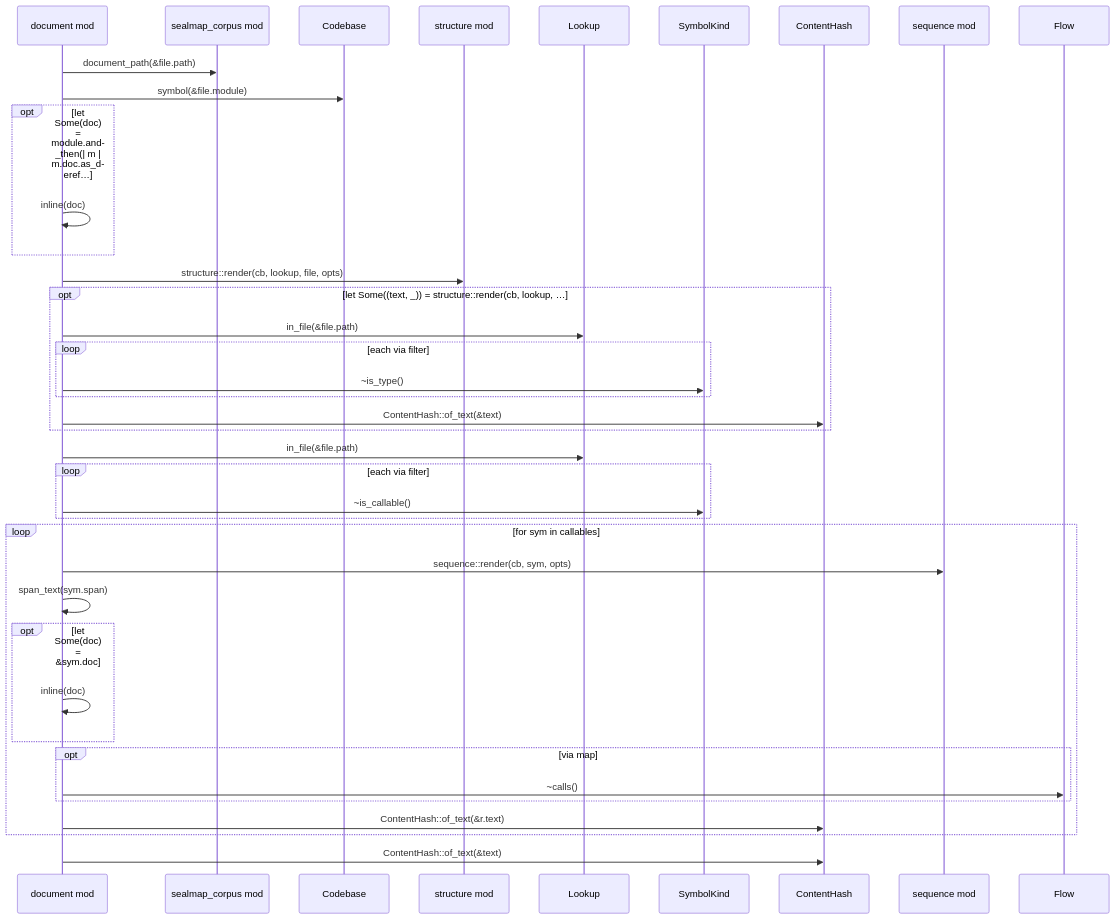
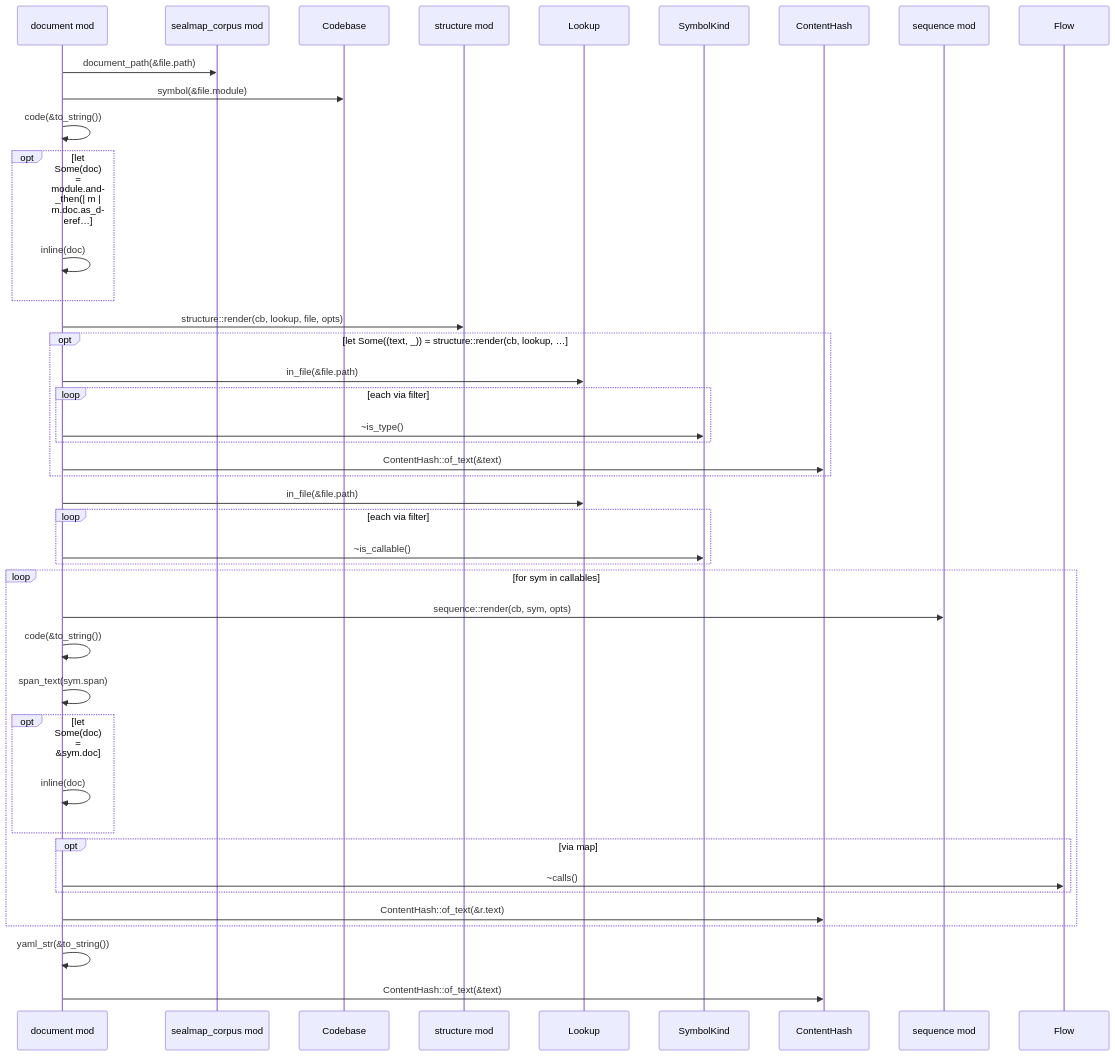
The second of 4 diagrams in docs/sealmap/crates/sealmap-corpus/src/document.rs.md (DreamLab-AI/codemaid), drawn with Mermaid before and after one commit. The commit also changed other lines of this file and 45 other files, not shown here.

First line of the commit message:
docs: regenerate the self-corpus for sym: ids and schema v2

````diff
--- a/docs/sealmap/crates/sealmap-corpus/src/document.rs.md
+++ b/docs/sealmap/crates/sealmap-corpus/src/document.rs.md
@@ -62,41 +64,44 @@
 ```mermaid
 sequenceDiagram
   participant sealmap_corpus__document as document mod
   participant sealmap_corpus as sealmap_corpus mod
-  participant sealmap_model__codebase__Codebase as Codebase
+  participant sealmap_model__codebase___tCodebase as Codebase
   participant sealmap_corpus__structure as structure mod
-  participant sealmap_corpus__Lookup as Lookup
-  participant sealmap_model__symbol__SymbolKind as SymbolKind
-  participant sealmap_model__hash__ContentHash as ContentHash
+  participant sealmap_corpus___tLookup as Lookup
+  participant sealmap_model__symbol___tSymbolKind as SymbolKind
+  participant sealmap_model__hash___tContentHash as ContentHash
   participant sealmap_corpus__sequence as sequence mod
-  participant sealmap_model__flow__Flow as Flow
+  participant sealmap_model__flow___tFlow as Flow
   sealmap_corpus__document->>sealmap_corpus: document_path(&file.path)
-  sealmap_corpus__document->>sealmap_model__codebase__Codebase: symbol(&file.module)
+  sealmap_corpus__document->>sealmap_model__codebase___tCodebase: symbol(&file.module)
+  sealmap_corpus__document->>sealmap_corpus__document: code(&to_string())
   opt let Some(doc) = module.and_then(| m | m.doc.as_deref…
     sealmap_corpus__document->>sealmap_corpus__document: inline(doc)
   end
   sealmap_corpus__document->>sealmap_corpus__structure: structure::render(cb, lookup, file, opts)
   opt let Some((text, _)) = structure::render(cb, lookup, …
-    sealmap_corpus__document->>sealmap_corpus__Lookup: in_file(&file.path)
+    sealmap_corpus__document->>sealmap_corpus___tLookup: in_file(&file.path)
     loop each via filter
-      sealmap_corpus__document->>sealmap_model__symbol__SymbolKind: ~is_type()
+      sealmap_corpus__document->>sealmap_model__symbol___tSymbolKind: ~is_type()
     end
-    sealmap_corpus__document->>sealmap_model__hash__ContentHash: ContentHash::of_text(&text)
+    sealmap_corpus__document->>sealmap_model__hash___tContentHash: ContentHash::of_text(&text)
   end
-  sealmap_corpus__document->>sealmap_corpus__Lookup: in_file(&file.path)
+  sealmap_corpus__document->>sealmap_corpus___tLookup: in_file(&file.path)
   loop each via filter
-    sealmap_corpus__document->>sealmap_model__symbol__SymbolKind: ~is_callable()
+    sealmap_corpus__document->>sealmap_model__symbol___tSymbolKind: ~is_callable()
   end
   loop for sym in callables
     sealmap_corpus__document->>sealmap_corpus__sequence: sequence::render(cb, sym, opts)
+    sealmap_corpus__document->>sealmap_corpus__document: code(&to_string())
     sealmap_corpus__document->>sealmap_corpus__document: span_text(sym.span)
     opt let Some(doc) = &sym.doc
       sealmap_corpus__document->>sealmap_corpus__document: inline(doc)
     end
     opt via map
-      sealmap_corpus__document->>sealmap_model__flow__Flow: ~calls()
+      sealmap_corpus__document->>sealmap_model__flow___tFlow: ~calls()
     end
-    sealmap_corpus__document->>sealmap_model__hash__ContentHash: ContentHash::of_text(&r.text)
+    sealmap_corpus__document->>sealmap_model__hash___tContentHash: ContentHash::of_text(&r.text)
   end
-  sealmap_corpus__document->>sealmap_model__hash__ContentHash: ContentHash::of_text(&text)
+  sealmap_corpus__document->>sealmap_corpus__document: yaml_str(&to_string())
+  sealmap_corpus__document->>sealmap_model__hash___tContentHash: ContentHash::of_text(&text)
 ```
````
